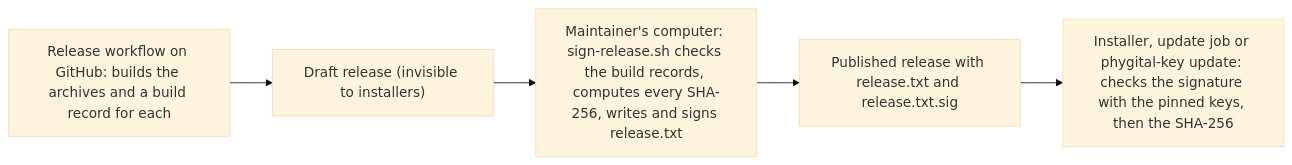
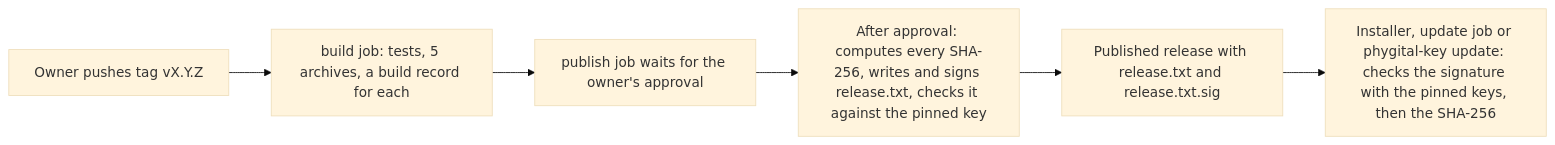
One commit to Phygital-Key/phygital-key changed the second of 2 diagrams in docs/updates.md. Above: the diagram before and after it, drawn with Mermaid (base theme). The commit also changed other lines of this file and 42 other files, not shown here.

Commit message:
Release signing with a GitHub environment key behind owner approval (scripts/release-key.sh), pinned release key; project moves to the Phygital-Key organisation

````diff
--- a/docs/updates.md
+++ b/docs/updates.md
@@ -219,7 +219,8 @@
 ```mermaid
 flowchart LR
-    CI["Release workflow on GitHub: builds the archives and a build record for each"] --> Draft["Draft release (invisible to installers)"]
-    Draft --> Sign["Maintainer's computer: sign-release.sh checks the build records, computes every SHA-256, writes and signs release.txt"]
+    Tag["Owner pushes tag vX.Y.Z"] --> Build["build job: tests, 5 archives, a build record for each"]
+    Build --> Wait["publish job waits for the owner's approval"]
+    Wait --> Sign["After approval: computes every SHA-256, writes and signs release.txt, checks it against the pinned key"]
     Sign --> Pub["Published release with release.txt and release.txt.sig"]
     Pub --> Check["Installer, update job or phygital-key update: checks the signature with the pinned keys, then the SHA-256"]
 ```
````
